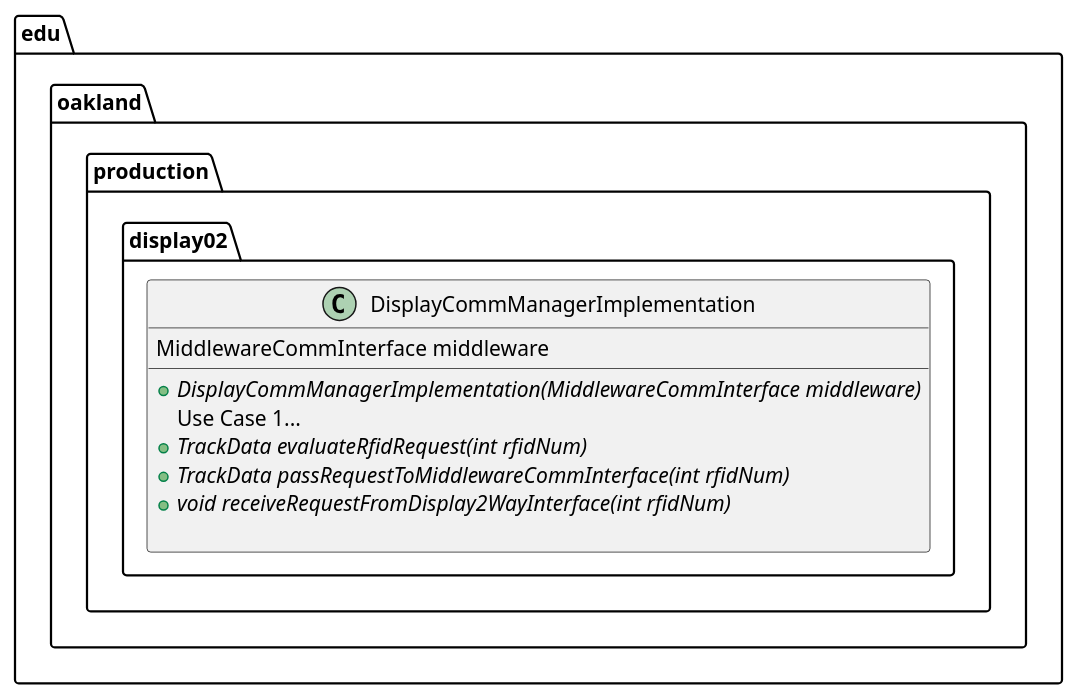
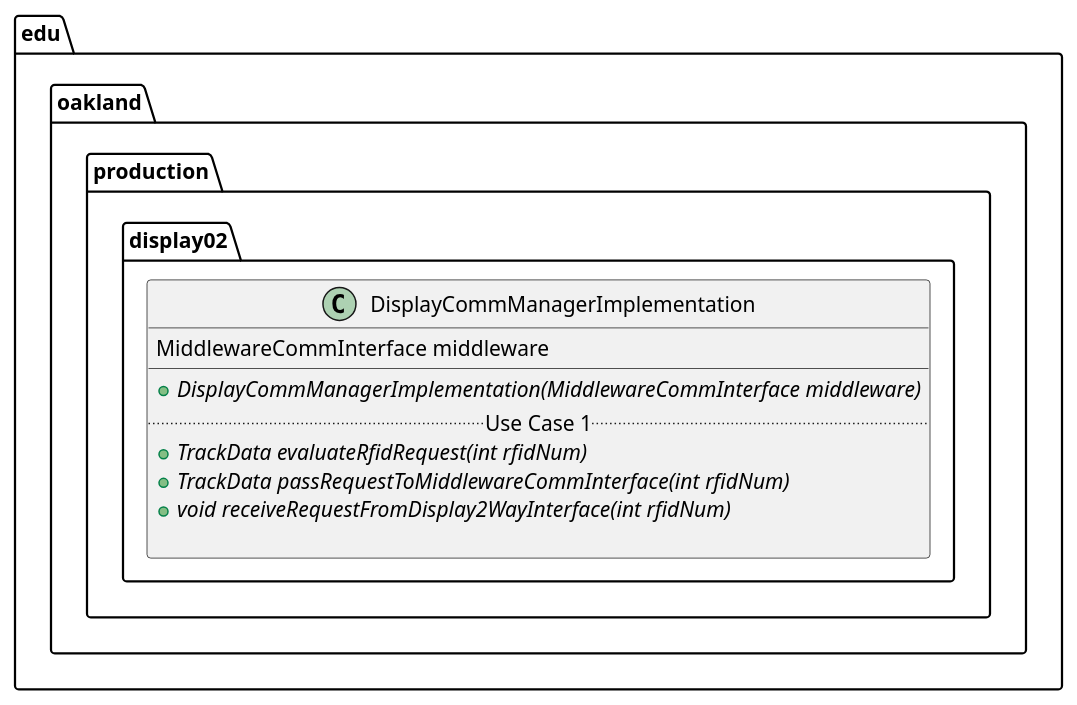
One commit to andrewdimmer/csi-3370-software-project changed the diagram in docs/uml-class-diagrams/display02/production/DisplayCommManagerImplementation/DisplayCommManagerImplementation.puml. Above: the diagram before and after it, drawn with PlantUML.

```diff
--- a/docs/uml-class-diagrams/display02/production/DisplayCommManagerImplementation/DisplayCommManagerImplementation.puml
+++ b/docs/uml-class-diagrams/display02/production/DisplayCommManagerImplementation/DisplayCommManagerImplementation.puml
@@ -1,16 +1,16 @@
 @startuml DisplayCommManagerImplementation
 
 package edu.oakland.production.display02 {
     class DisplayCommManagerImplementation {
         MiddlewareCommInterface middleware
         __
         {abstract} + DisplayCommManagerImplementation(MiddlewareCommInterface middleware)
-        Use Case 1...
+        .. Use Case 1 ..
         {abstract} + TrackData evaluateRfidRequest(int rfidNum)
         {abstract} + TrackData passRequestToMiddlewareCommInterface(int rfidNum)
         {abstract} + void receiveRequestFromDisplay2WayInterface(int rfidNum)
 
     }
 }
 
 @enduml
```
